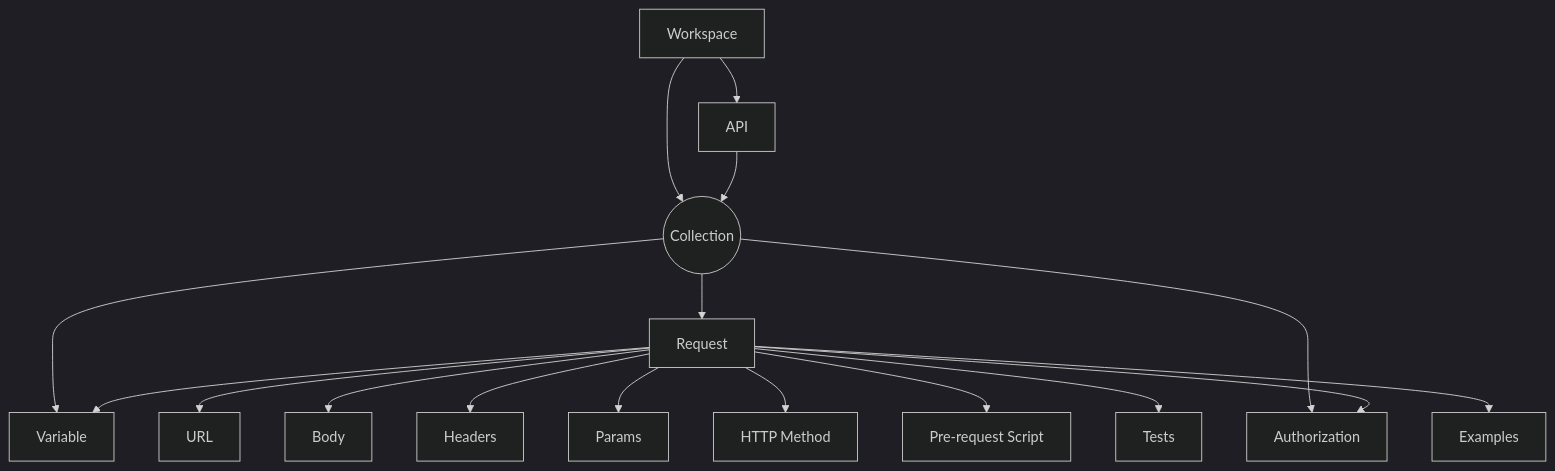
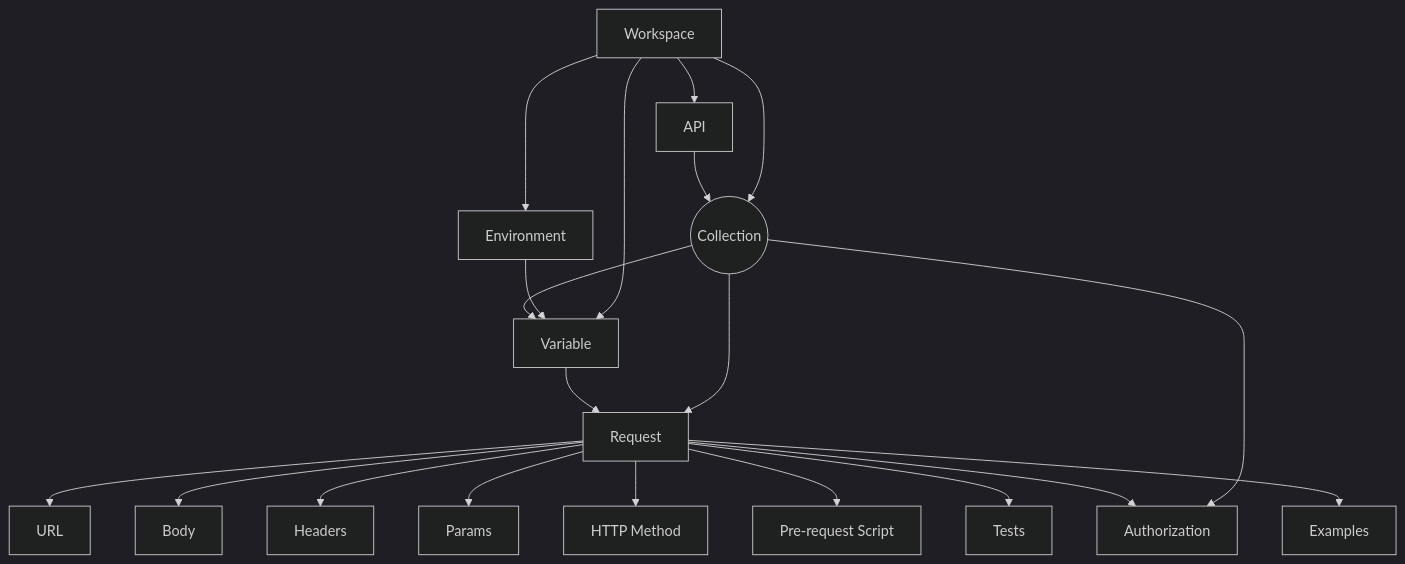
Before and after one commit to taneron/konfig: the diagram in generator/konfig-docs/blog/2023-06-28-how-to-use-postman-to-test-api/2023-06-28-how-to-use-postman-to-test.mdx, drawn with Mermaid (dark theme). The commit also changed other lines of this file and 6 other files, not shown here.

````diff
--- a/generator/konfig-docs/blog/2023-06-28-how-to-use-postman-to-test-api/2023-06-28-how-to-use-postman-to-test.mdx
+++ b/generator/konfig-docs/blog/2023-06-28-how-to-use-postman-to-test-api/2023-06-28-how-to-use-postman-to-test.mdx
@@ -89,19 +91,22 @@
 ```mermaid
 flowchart TD
     Workspace --> C((Collection))
     Workspace --> API
+    Workspace --> Environment
+    Workspace --> Variable
+    Environment --> Variable
     API --> C
     C --> Variable
     C --> Request
     C --> Authorization
     Request --> URL
-    Request --> Variable
+    Variable --> Request
     Request --> Body
     Request --> Headers
     Request --> Params
     Request --> Method[HTTP Method]
     Request --> PRS[Pre-request Script]
     Request --> Tests
     Request --> Authorization
     Request --> Examples
 ```
````
